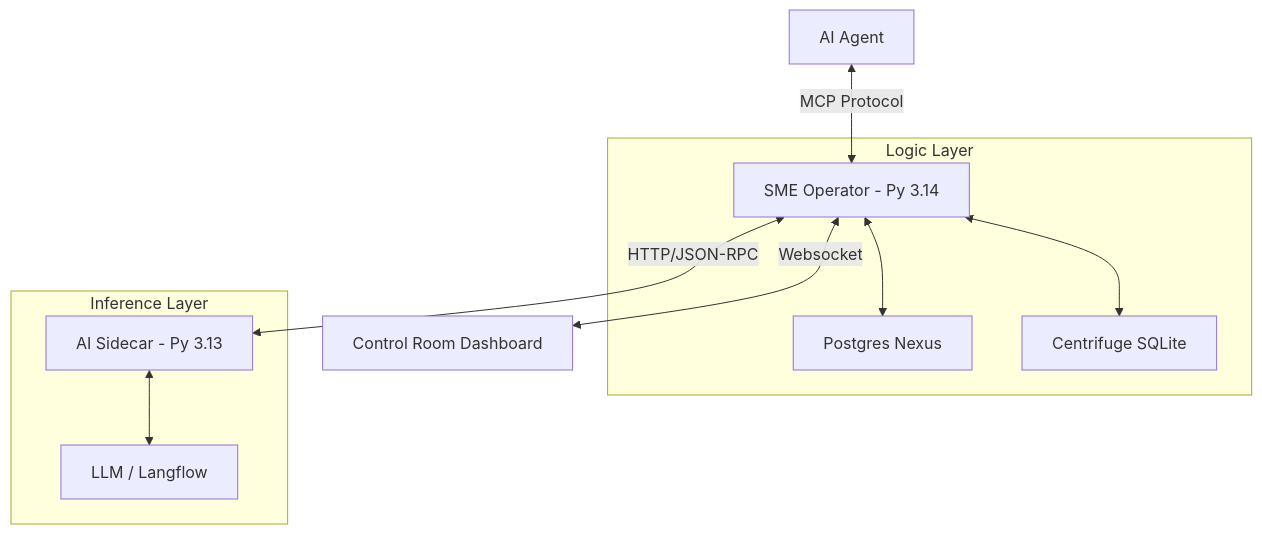
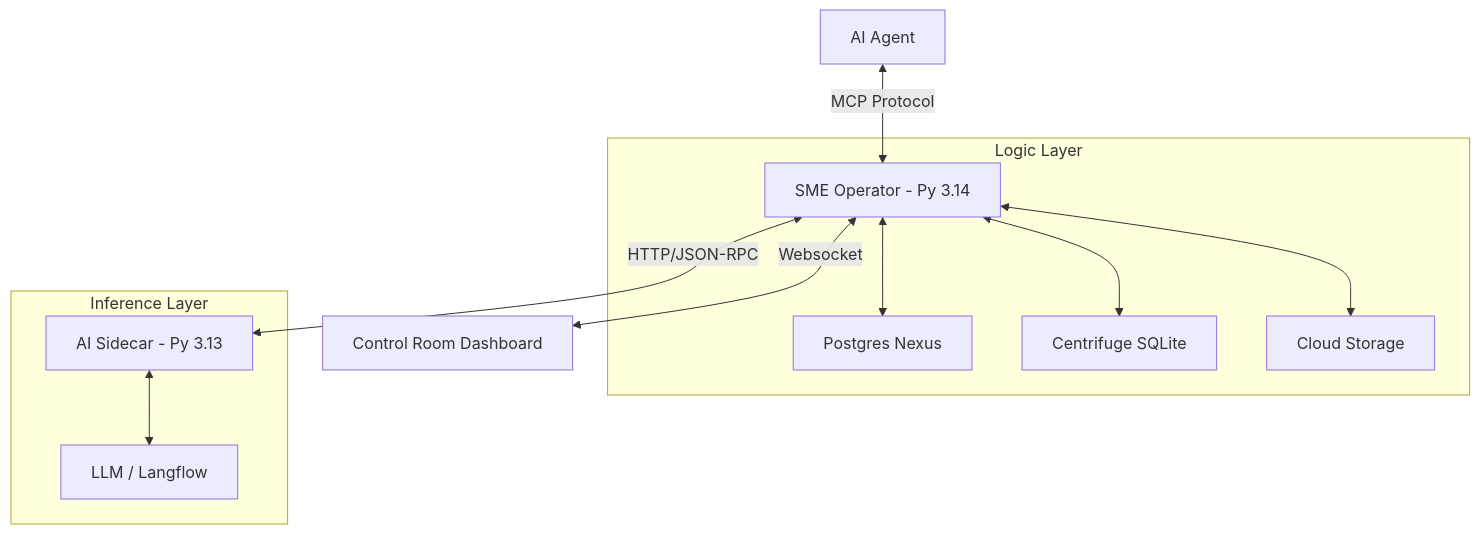
One commit to SpectreDeath/Semantic-Memory-Engine changed the first of 2 diagrams in README.md. Above: the diagram before and after it, drawn with Mermaid. The commit also changed other lines of this file and 23 other files, not shown here.

````diff
--- a/README.md
+++ b/README.md
@@ -64,15 +68,16 @@
 ```mermaid
 graph TD
     Client[AI Agent] <-->|MCP Protocol| Op[SME Operator - Py 3.14]
     Op <-->|HTTP/JSON-RPC| Sidecar[AI Sidecar - Py 3.13]
     Op <-->|Websocket| UI[Control Room Dashboard]
     
     subgraph Core [Logic Layer]
         Op <--> Nexus[Postgres Nexus]
         Op <--> Lab[Centrifuge SQLite]
+        Op <--> Cloud[Cloud Storage]
     end
     
     subgraph AI [Inference Layer]
         Sidecar <--> Model[LLM / Langflow]
     end
 ```
````
